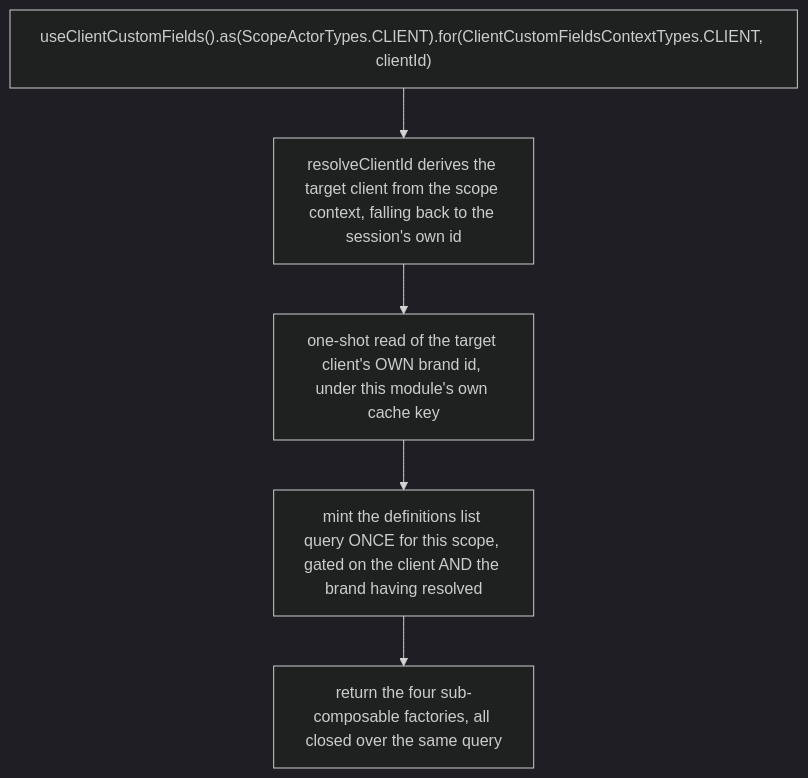
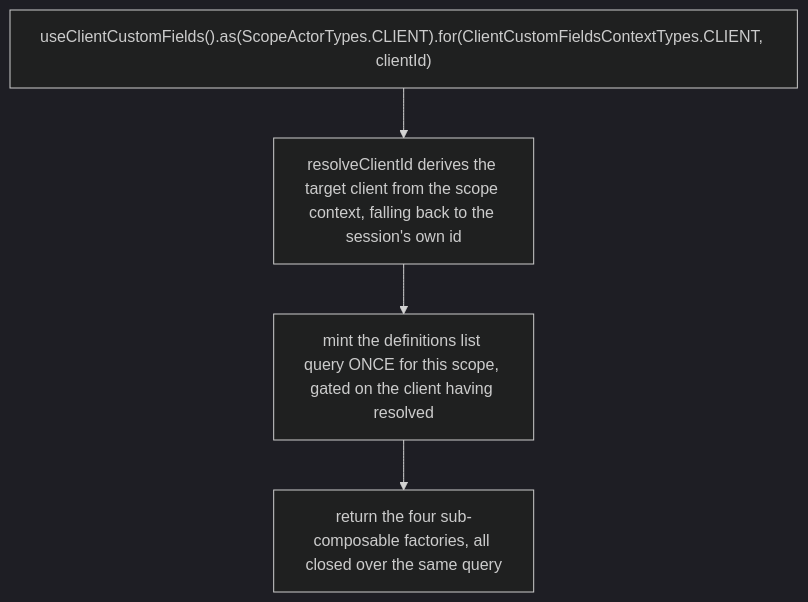
One commit to upmind/upmind-ui changed the first of 3 diagrams in packages/headless/src/modules/client-custom-fields/docs/architecture.md. Above: the diagram before and after it, drawn with Mermaid (dark theme). The commit also changed other lines of this file and 4606 other files, not shown here.

````diff
--- a/packages/headless/src/modules/client-custom-fields/docs/architecture.md
+++ b/packages/headless/src/modules/client-custom-fields/docs/architecture.md
@@ -18,7 +18,6 @@
 ```mermaid
 flowchart TD
   call["useClientCustomFields().as(ScopeActorTypes.CLIENT).for(ClientCustomFieldsContextTypes.CLIENT, clientId)"] --> resolve["resolveClientId derives the target client from the scope context, falling back to the session's own id"]
-  resolve --> brand["one-shot read of the target client's OWN brand id, under this module's own cache key"]
-  brand --> mint["mint the definitions list query ONCE for this scope, gated on the client AND the brand having resolved"]
+  resolve --> mint["mint the definitions list query ONCE for this scope, gated on the client having resolved"]
   mint --> ready["return the four sub-composable factories, all closed over the same query"]
 ```
````
